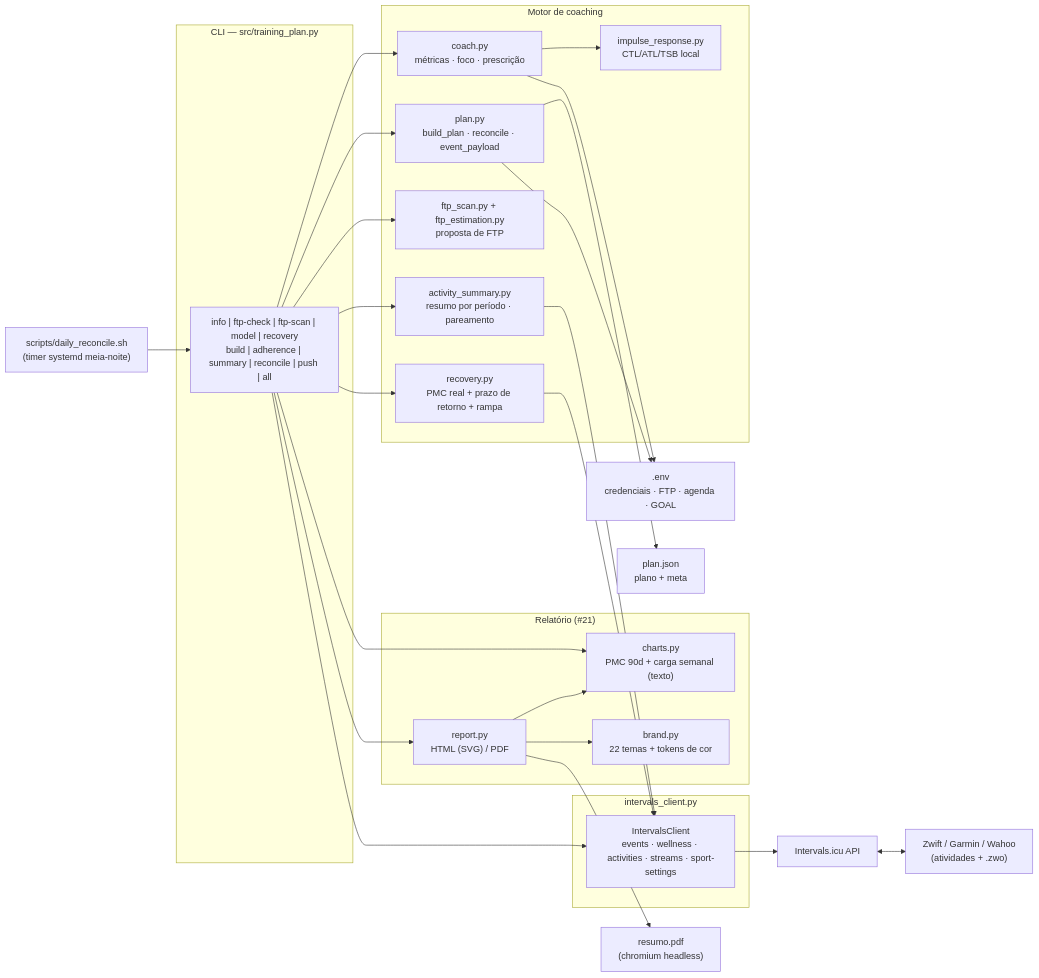
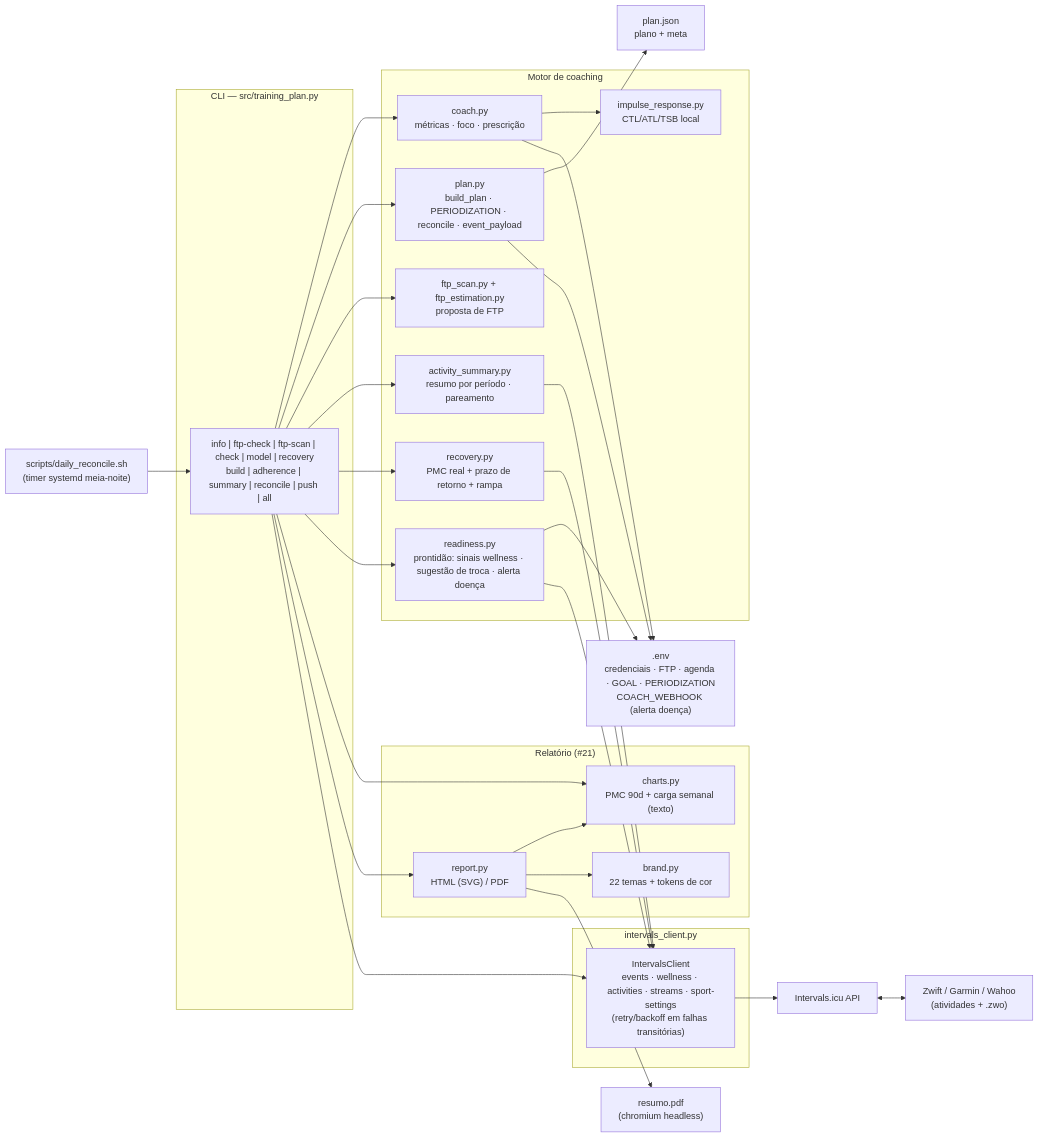
The first of 6 diagrams in docs/DIAGRAMAS.md (valdelin/Hermes-coach), drawn with Mermaid before and after one commit. The commit also changed other lines of this file and 11 other files, not shown here.

Commit message:
docs: diagramas atualizados para v0.0.27 (check, PERIODIZATION, readiness) e PNGs regenerados

````diff
--- a/docs/DIAGRAMAS.md
+++ b/docs/DIAGRAMAS.md
@@ -29,54 +30,58 @@
 ```mermaid
 flowchart LR
     subgraph CLI["CLI — src/training_plan.py"]
-        CMD["info | ftp-check | ftp-scan | model | recovery<br/>build | adherence | summary | reconcile | push | all"]
+        CMD["info | ftp-check | ftp-scan | check | model | recovery<br/>build | adherence | summary | reconcile | push | all"]
     end
 
     subgraph CORE["Motor de coaching"]
         COACH["coach.py<br/>métricas · foco · prescrição"]
-        PLAN["plan.py<br/>build_plan · reconcile · event_payload"]
+        PLAN["plan.py<br/>build_plan · PERIODIZATION · reconcile · event_payload"]
         IR["impulse_response.py<br/>CTL/ATL/TSB local"]
         FTPS["ftp_scan.py + ftp_estimation.py<br/>proposta de FTP"]
         AS["activity_summary.py<br/>resumo por período · pareamento"]
         REC["recovery.py<br/>PMC real + prazo de retorno + rampa"]
+        RD["readiness.py<br/>prontidão: sinais wellness · sugestão de troca · alerta doença"]
     end
 
     subgraph REPORT["Relatório (#21)"]
         CH["charts.py<br/>PMC 90d + carga semanal (texto)"]
         RP["report.py<br/>HTML (SVG) / PDF"]
         BR["brand.py<br/>22 temas + tokens de cor"]
     end
 
     subgraph API["intervals_client.py"]
-        CLIENT["IntervalsClient<br/>events · wellness · activities · streams · sport-settings"]
+        CLIENT["IntervalsClient<br/>events · wellness · activities · streams · sport-settings<br/>(retry/backoff em falhas transitórias)"]
     end
 
-    ENV[".env<br/>credenciais · FTP · agenda · GOAL"]
+    ENV[".env<br/>credenciais · FTP · agenda · GOAL · PERIODIZATION<br/>COACH_WEBHOOK (alerta doença)"]
     PLANFILE["plan.json<br/>plano + meta"]
     SH["scripts/daily_reconcile.sh<br/>(timer systemd meia-noite)"]
 
     INTERVALS["Intervals.icu API"]
     APPS["Zwift / Garmin / Wahoo<br/>(atividades + .zwo)"]
     PDF["resumo.pdf<br/>(chromium headless)"]
 
     CMD --> COACH
     CMD --> PLAN
     CMD --> FTPS
     CMD --> AS
     CMD --> REC
+    CMD --> RD
     CMD --> CH
     CMD --> RP
     COACH --> IR
     CMD --> CLIENT
     PLAN --> PLANFILE
     COACH --> ENV
     PLAN --> ENV
+    RD --> ENV
     AS --> CLIENT
     REC --> CLIENT
+    RD --> CLIENT
     CLIENT --> INTERVALS
     INTERVALS <--> APPS
     SH --> CMD
     RP --> CH
     RP --> BR
     RP --> PDF
 ```
````
